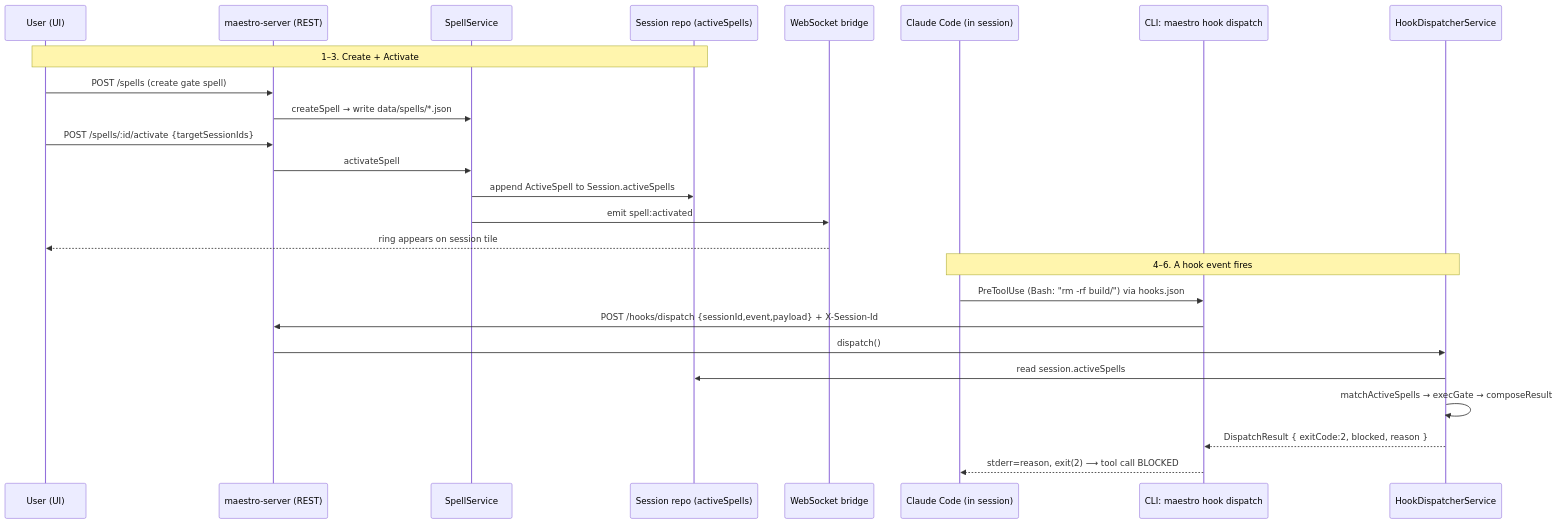
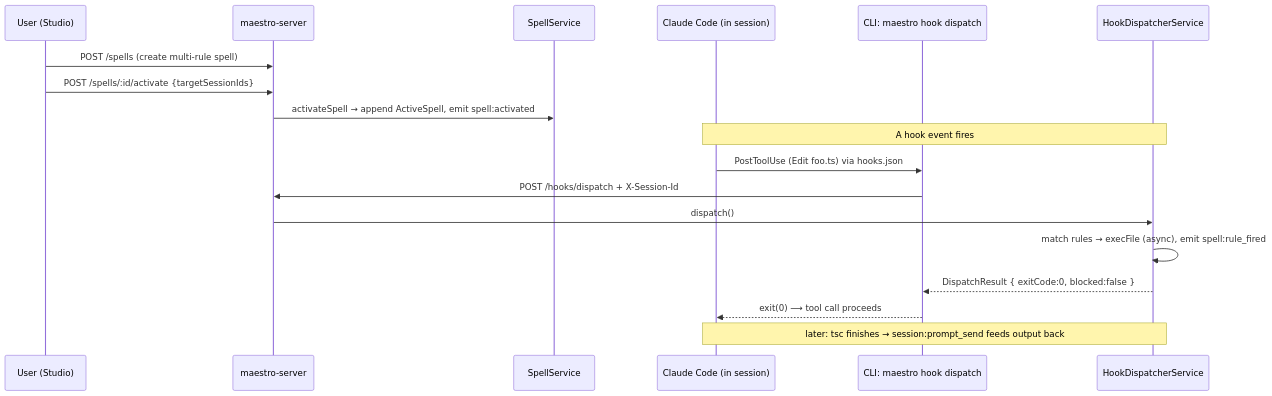
One commit to subhangR/agent-maestro changed the diagram in docs/spell-system-explainer.md. Above: the diagram before and after it, drawn with Mermaid. The commit also changed other lines of this file and 16 other files, not shown here.

First line of the commit message:
feat(spells): rebuild spell library (13 seeds) + accurate v2 docs

````diff
--- a/docs/spell-system-explainer.md
+++ b/docs/spell-system-explainer.md
@@ -473,29 +403,21 @@
 ```mermaid
 sequenceDiagram
-    participant U as User (UI)
-    participant API as maestro-server (REST)
+    participant U as User (Studio)
+    participant API as maestro-server
     participant SS as SpellService
-    participant SR as Session repo (activeSpells)
-    participant WS as WebSocket bridge
     participant CC as Claude Code (in session)
     participant HK as CLI: maestro hook dispatch
     participant HD as HookDispatcherService
 
-    Note over U,SR: 1–3. Create + Activate
-    U->>API: POST /spells (create gate spell)
-    API->>SS: createSpell → write data/spells/*.json
+    U->>API: POST /spells (create multi-rule spell)
     U->>API: POST /spells/:id/activate {targetSessionIds}
-    API->>SS: activateSpell
-    SS->>SR: append ActiveSpell to Session.activeSpells
-    SS->>WS: emit spell:activated
-    WS-->>U: ring appears on session tile
-
-    Note over CC,HD: 4–6. A hook event fires
-    CC->>HK: PreToolUse (Bash: "rm -rf build/") via hooks.json
-    HK->>API: POST /hooks/dispatch {sessionId,event,payload} + X-Session-Id
+    API->>SS: activateSpell → append ActiveSpell, emit spell:activated
+    Note over CC,HD: A hook event fires
+    CC->>HK: PostToolUse (Edit foo.ts) via hooks.json
+    HK->>API: POST /hooks/dispatch + X-Session-Id
     API->>HD: dispatch()
-    HD->>SR: read session.activeSpells
-    HD->>HD: matchActiveSpells → execGate → composeResult
-    HD-->>HK: DispatchResult { exitCode:2, blocked, reason }
-    HK-->>CC: stderr=reason, exit(2)  ⟶ tool call BLOCKED
+    HD->>HD: match rules → execFile (async), emit spell:rule_fired
+    HD-->>HK: DispatchResult { exitCode:0, blocked:false }
+    HK-->>CC: exit(0)  ⟶ tool call proceeds
+    Note over HD,CC: later: tsc finishes → session:prompt_send feeds output back
 ```
````
